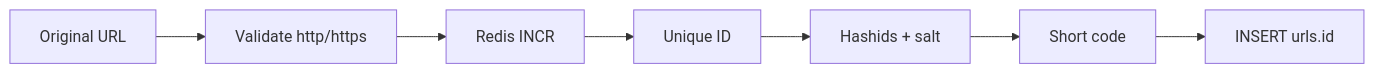
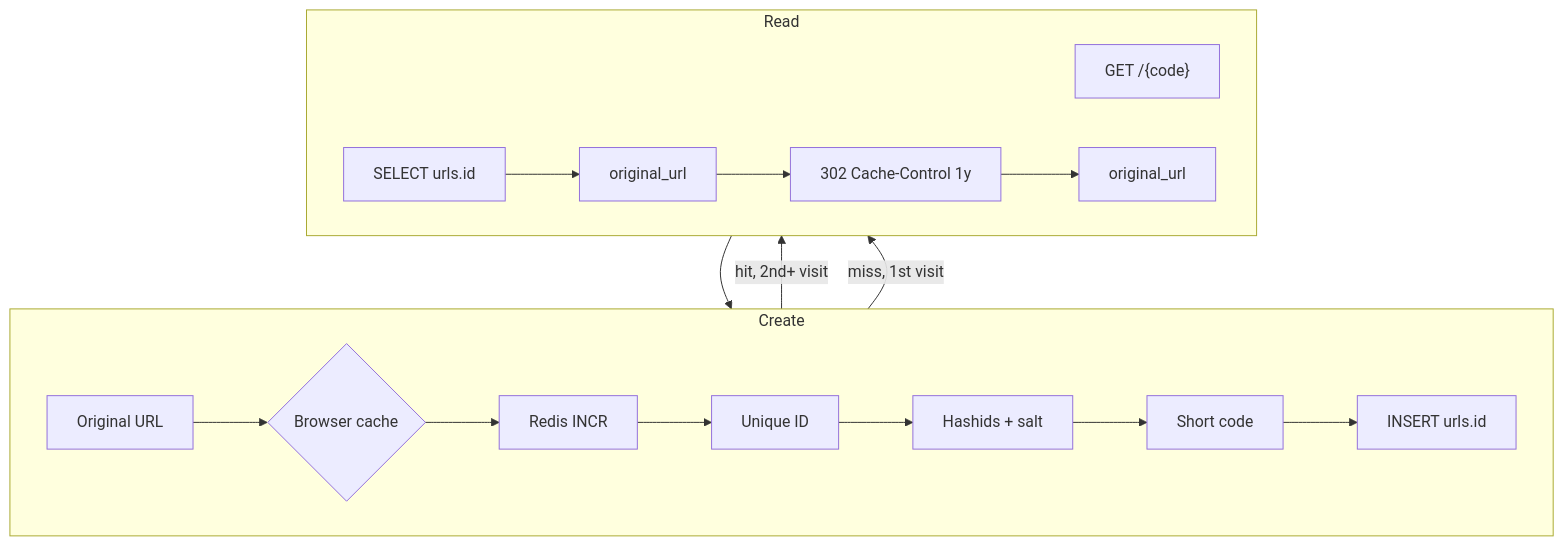
Before and after one commit to gianluca-pettenon/url-shortener: the diagram in README.md, drawn with Mermaid. The commit also changed other lines of this file and 2 other files, not shown here.

````diff
--- a/README.md
+++ b/README.md
@@ -7,9 +7,22 @@
 ```mermaid
-flowchart LR
-    A[Original URL] --> B[Validate http/https]
-    B --> C[Redis INCR]
-    C --> D[Unique ID]
-    D --> E[Hashids + salt]
-    E --> F[Short code]
-    F --> G[INSERT urls.id]
+flowchart TB
+    subgraph create["Create"]
+        direction LR
+        A[Original URL] --> B[Validate http/https]
+        B --> C[Redis INCR]
+        C --> D[Unique ID]
+        D --> E[Hashids + salt]
+        E --> F[Short code]
+        F --> G["INSERT urls.id"]
+    end
+
+    subgraph read["Read"]
+        direction LR
+        H["GET /{code}"] --> B{Browser cache}
+        B -->|hit, 2nd+ visit| R[original_url]
+        B -->|miss, 1st visit| J["SELECT urls.id"]
+        J --> K[original_url]
+        K --> L["302 Cache-Control 1y"]
+        L --> R
+    end
 ```
````
